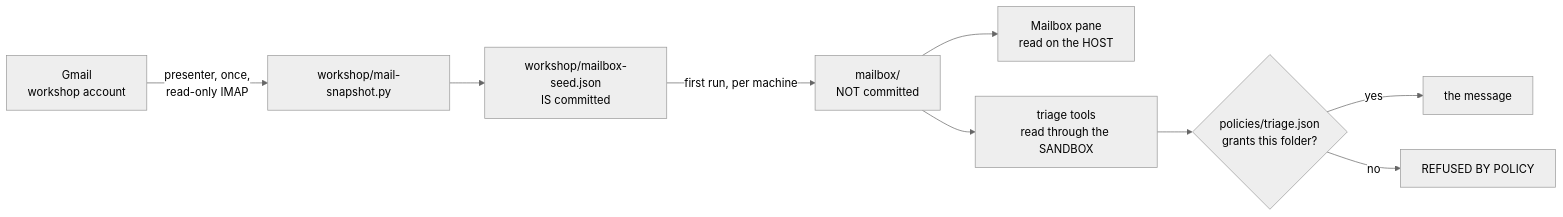
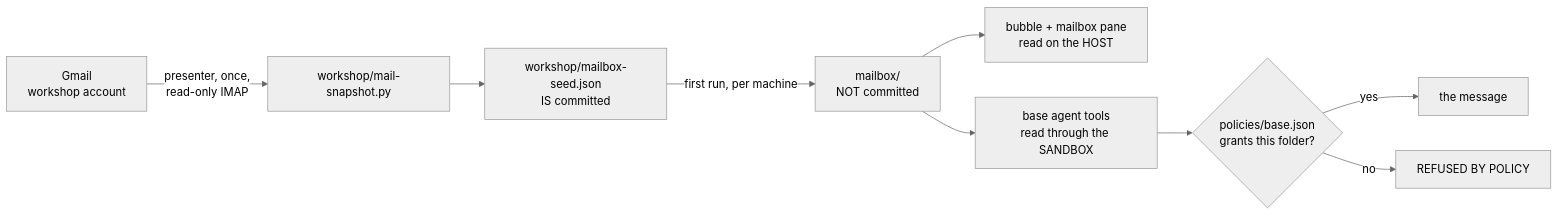
One commit to iswaryaalex/CastleKeep changed the sixth of 9 diagrams in ARCHITECTURE.md. Above: the diagram before and after it, drawn with Mermaid (neutral theme). The commit also changed other lines of this file and 25 other files, not shown here.

````diff
--- a/ARCHITECTURE.md
+++ b/ARCHITECTURE.md
@@ -161,13 +200,13 @@
 ```mermaid
 flowchart LR
     G["Gmail<br/>workshop account"] -->|"presenter, once,<br/>read-only IMAP"| SNAP["workshop/mail-snapshot.py"]
     SNAP --> SEED["workshop/mailbox-seed.json<br/>IS committed"]
     SEED -->|"first run, per machine"| MB["mailbox/<br/>NOT committed"]
 
-    MB --> PANE["Mailbox pane<br/>read on the HOST"]
-    MB --> TOOLS["triage tools<br/>read through the SANDBOX"]
+    MB --> PANE["bubble + mailbox pane<br/>read on the HOST"]
+    MB --> TOOLS["base agent tools<br/>read through the SANDBOX"]
 
-    TOOLS --> Q{"policies/triage.json<br/>grants this folder?"}
+    TOOLS --> Q{"policies/base.json<br/>grants this folder?"}
     Q -->|yes| OK["the message"]
     Q -->|no| NO["REFUSED BY POLICY"]
 ```
````
